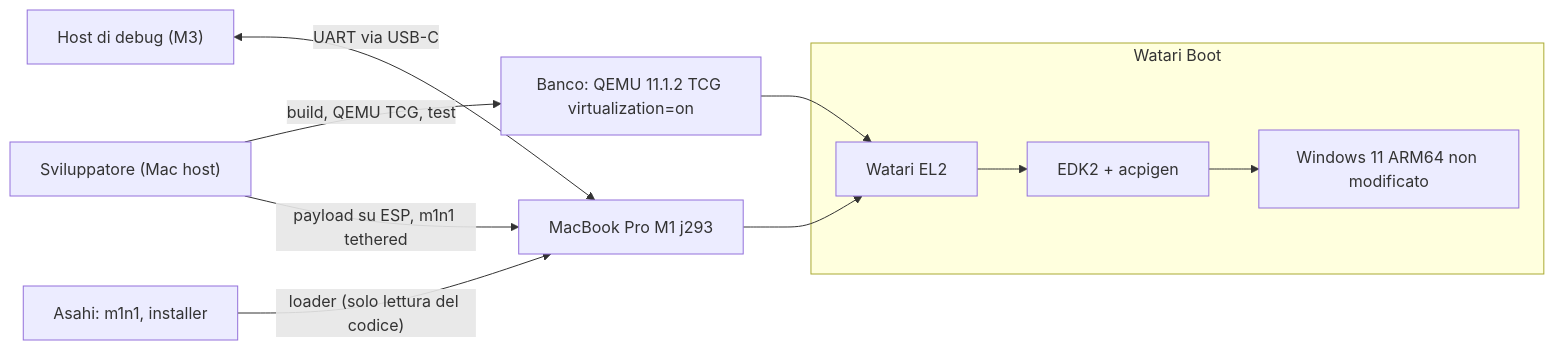
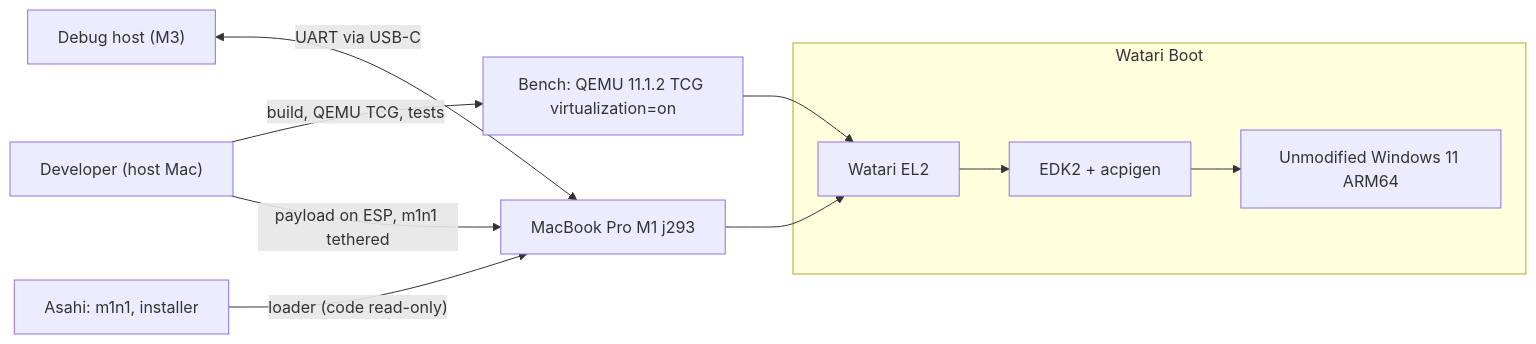
The first of 6 diagrams in docs/design/watari-el2/ARCHITECTURE.md (ZonatedCord/WatariBoot), drawn with Mermaid before and after one commit. The commit also changed other lines of this file and 60 other files, not shown here.

````diff
--- a/docs/design/watari-el2/ARCHITECTURE.md
+++ b/docs/design/watari-el2/ARCHITECTURE.md
@@ -36,14 +36,14 @@
 ```mermaid
 flowchart LR
-  dev["Sviluppatore (Mac host)"] -->|"build, QEMU TCG, test"| host["Banco: QEMU 11.1.2 TCG virtualization=on"]
-  dev -->|"payload su ESP, m1n1 tethered"| mbp["MacBook Pro M1 j293"]
-  dbg["Host di debug (M3)"] <-->|"UART via USB-C"| mbp
-  asahi["Asahi: m1n1, installer"] -->|"loader (solo lettura del codice)"| mbp
+  dev["Developer (host Mac)"] -->|"build, QEMU TCG, tests"| host["Bench: QEMU 11.1.2 TCG virtualization=on"]
+  dev -->|"payload on ESP, m1n1 tethered"| mbp["MacBook Pro M1 j293"]
+  dbg["Debug host (M3)"] <-->|"UART via USB-C"| mbp
+  asahi["Asahi: m1n1, installer"] -->|"loader (code read-only)"| mbp
   subgraph sys["Watari Boot"]
     wel2["Watari EL2"]
     edk2["EDK2 + acpigen"]
-    win["Windows 11 ARM64 non modificato"]
+    win["Unmodified Windows 11 ARM64"]
   end
   mbp --> wel2 --> edk2 --> win
   host --> wel2
 ```
````
